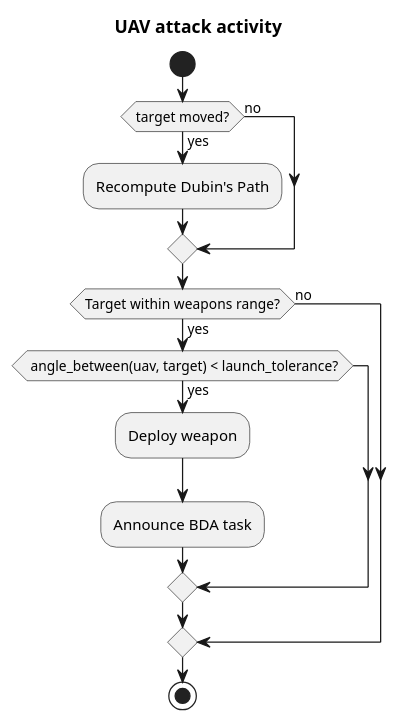
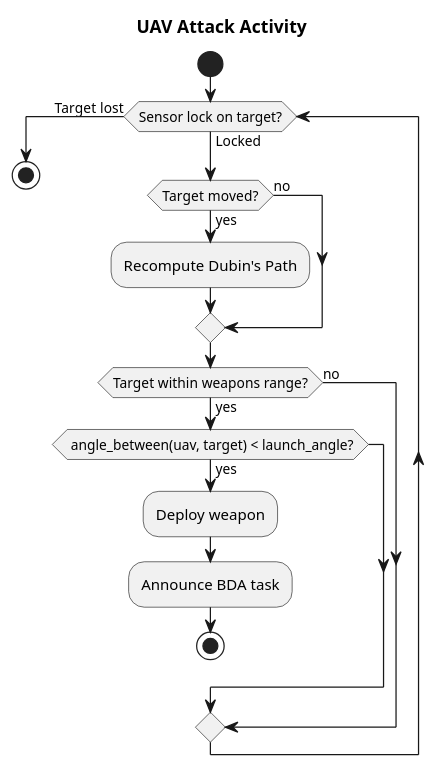
The diagram in dissertation/diagrams/uav_activity_attack.pu (tansir1/thesis), drawn with PlantUML before and after one commit. The commit also changed 9 other files, not shown here.

```diff
--- a/dissertation/diagrams/uav_activity_attack.pu
+++ b/dissertation/diagrams/uav_activity_attack.pu
@@ -1,21 +1,27 @@
 @startuml
 
-title UAV attack activity
+title UAV Attack Activity
 
 start
 
-if (target moved?) then (yes)
+while (Sensor lock on target?) is (Locked)
+
+if (Target moved?) then (yes)
   :Recompute Dubin's Path;
 else (no)
 endif
 
 if (Target within weapons range?) then (yes)
-  if( angle_between(uav, target) < launch_tolerance?) then (yes)
+  if( angle_between(uav, target) < launch_angle?) then (yes)
     :Deploy weapon;
     :Announce BDA task;
+    stop
   endif
 else (no)
+
 endif
+
+endwhile (Target lost)
 
 stop
 @enduml
```
